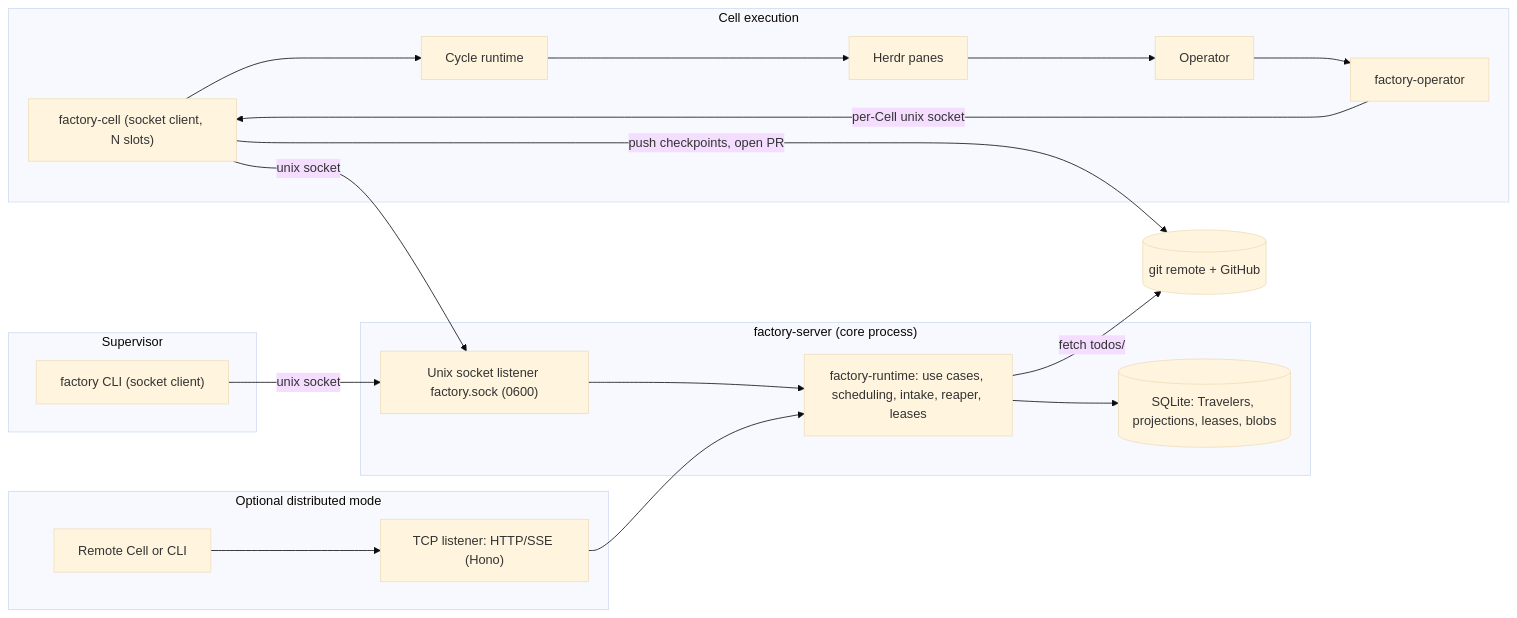
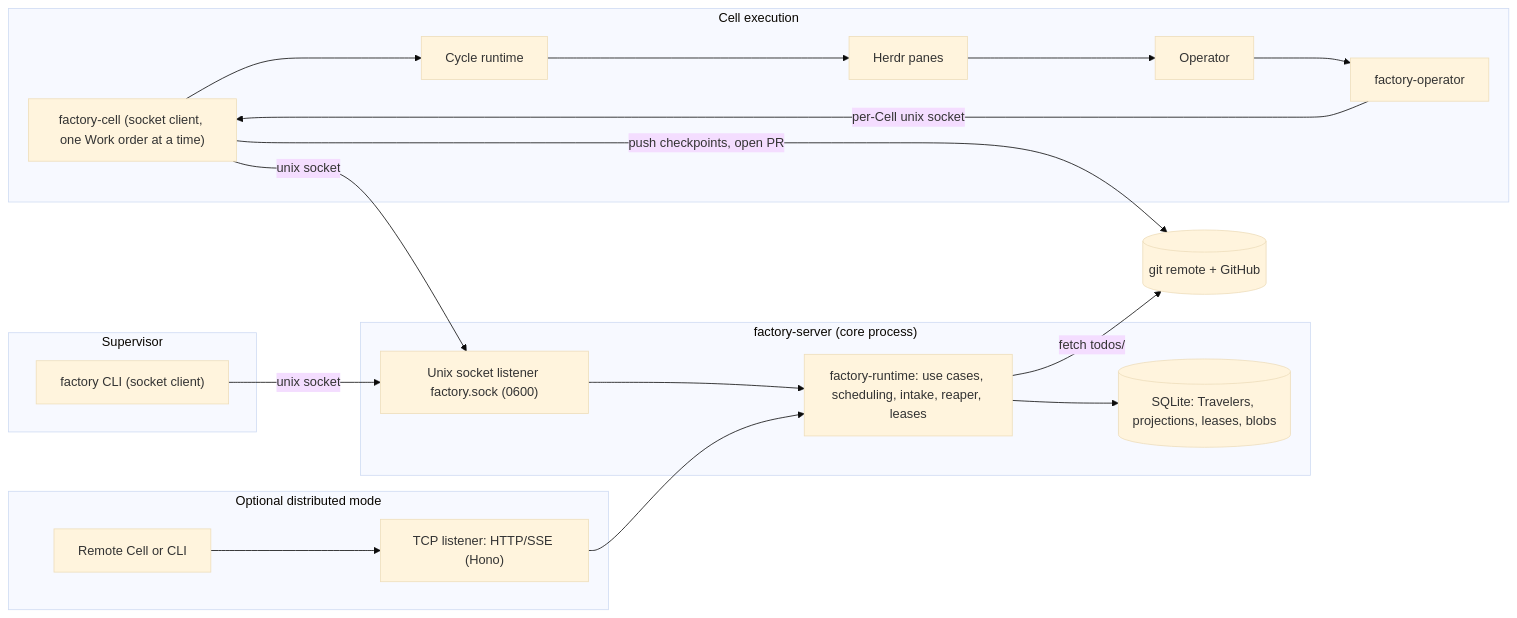
The first of 8 diagrams in docs/PLAN.md (xyashino/software-factory), drawn with Mermaid (base theme) before and after one commit. The commit also changed other lines of this file and 58 other files, not shown here.

````diff
--- a/docs/PLAN.md
+++ b/docs/PLAN.md
@@ -69,39 +69,39 @@
 ```mermaid
 flowchart LR
   subgraph Supervisor["Supervisor"]
     CLI["factory CLI (socket client)"]
   end
 
   subgraph Server["factory-server (core process)"]
     APP["factory-runtime: use cases, scheduling, intake, reaper, leases"]
     DB[("SQLite: Travelers, projections, leases, blobs")]
     SOCK["Unix socket listener factory.sock (0600)"]
     APP --> DB
     SOCK --> APP
   end
 
   subgraph Remote["Optional distributed mode"]
     HTTP["TCP listener: HTTP/SSE (Hono)"]
     REMOTE["Remote Cell or CLI"]
     REMOTE --> HTTP
   end
 
   subgraph CellHost["Cell execution"]
-    C["factory-cell (socket client, N slots)"]
+    C["factory-cell (socket client, one Work order at a time)"]
     RT["Cycle runtime"]
     H["Herdr panes"]
     OP["Operator"]
     FXO["factory-operator"]
     C --> RT --> H --> OP
     OP --> FXO
     FXO -->|"per-Cell unix socket"| C
   end
 
   CLI -->|"unix socket"| SOCK
   C -->|"unix socket"| SOCK
   HTTP --> APP
 
   GIT[("git remote + GitHub")]
   C -->|"push checkpoints, open PR"| GIT
   APP -->|"fetch todos/"| GIT
 ```
````
